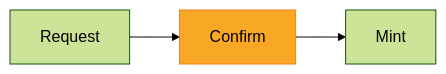
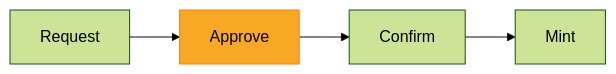
Before and after one commit to MystenLabs/hashi: the third of 5 diagrams in design/src/deposit.md, drawn with Mermaid (forest theme). The commit also changed other lines of this file and 19 other files, not shown here.

````diff
--- a/design/src/deposit.md
+++ b/design/src/deposit.md
@@ -77,5 +84,5 @@
 ```mermaid
 graph LR
-    A[Request] --> B[Confirm]:::active --> C[Mint]
+    A[Request] --> B[Approve]:::active --> C[Confirm] --> D[Mint]
     classDef active fill:#f9a825,stroke:#f57f17,color:#000
 ```
````
